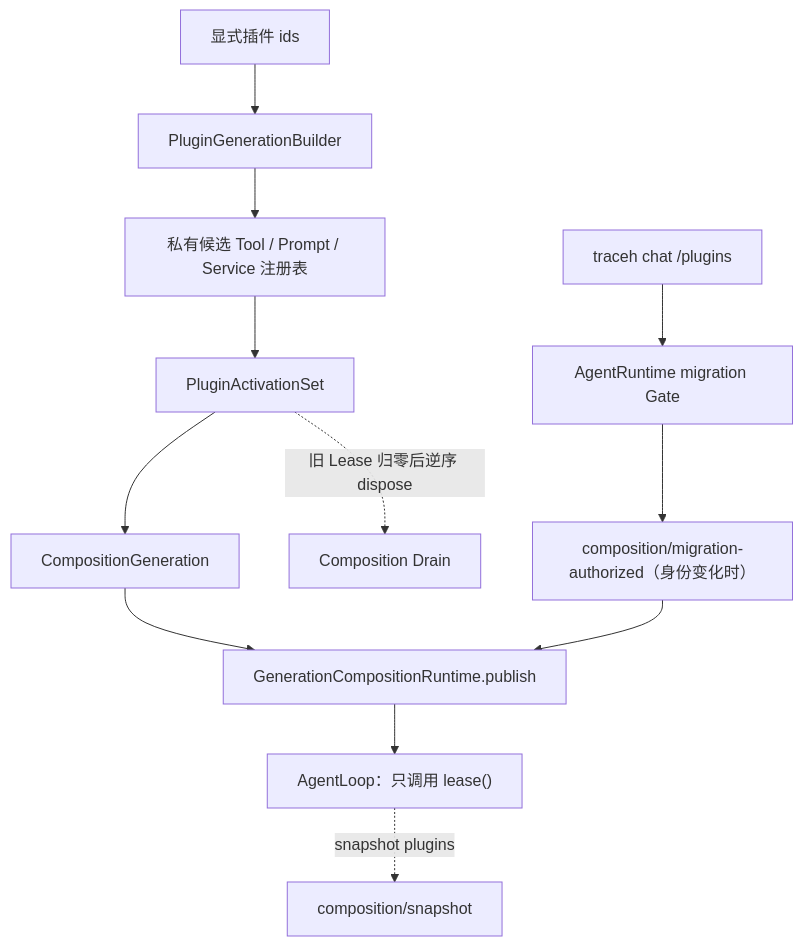
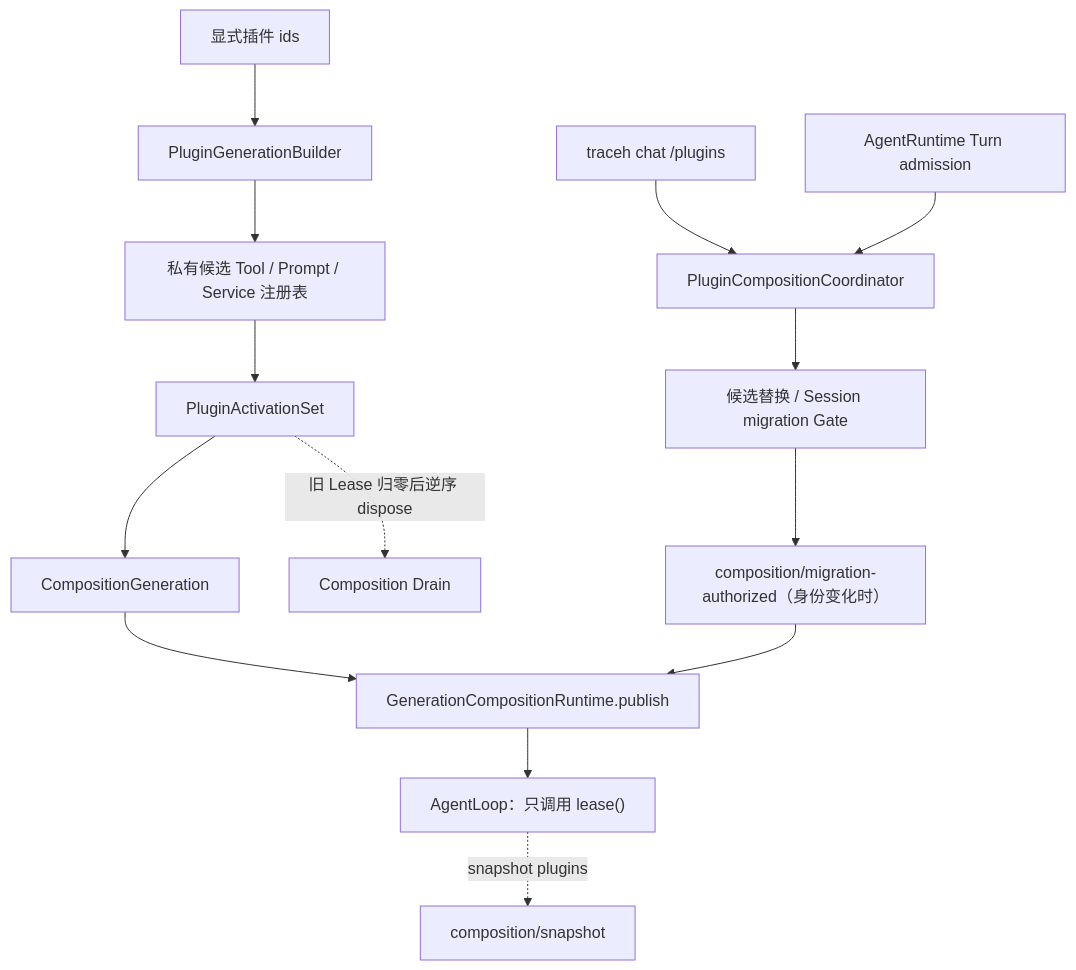
The second of 11 diagrams in docs/note/project-context.md (uboyme/traceHarness), drawn with Mermaid before and after one commit. The commit also changed other lines of this file and 11 other files, not shown here.

First line of the commit message:
refactor: extract plugin composition coordinator

````diff
--- a/docs/note/project-context.md
+++ b/docs/note/project-context.md
@@ -178,14 +178,16 @@
 ```mermaid
 flowchart TD
     SEL["显式插件 ids"] --> PB["PluginGenerationBuilder"]
     PB --> CAND["私有候选 Tool / Prompt / Service 注册表"]
     CAND --> ACT["PluginActivationSet"]
     ACT --> GEN["CompositionGeneration"]
     GEN --> CR2["GenerationCompositionRuntime.publish"]
     CR2 --> AL2["AgentLoop：只调用 lease()"]
     ACT -. "旧 Lease 归零后逆序 dispose" .-> DRAIN["Composition Drain"]
     AL2 -. "snapshot plugins" .-> SNAP["composition/snapshot"]
-    CHAT["traceh chat /plugins"] --> MIG["AgentRuntime migration Gate"]
+    CHAT["traceh chat /plugins"] --> PC["PluginCompositionCoordinator"]
+    AR2["AgentRuntime Turn admission"] --> PC
+    PC --> MIG["候选替换 / Session migration Gate"]
     MIG --> AUTH["composition/migration-authorized（身份变化时）"]
     AUTH --> CR2
 ```
````
